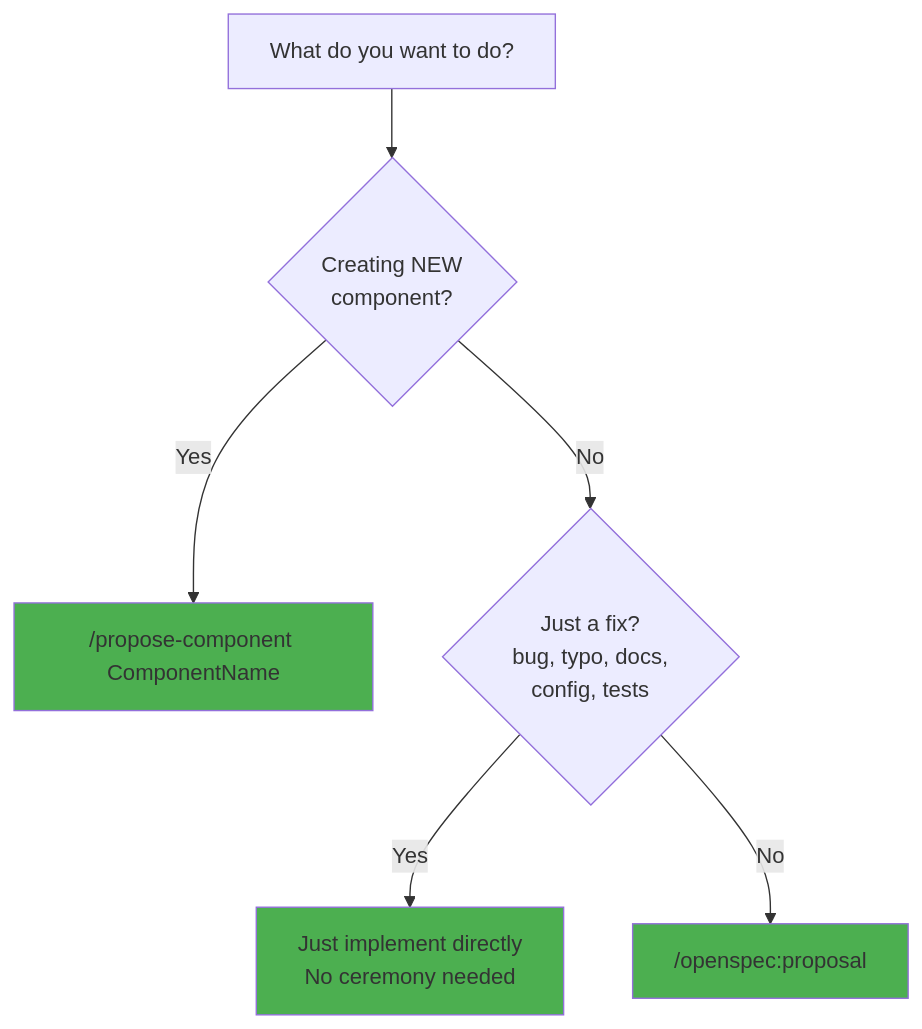
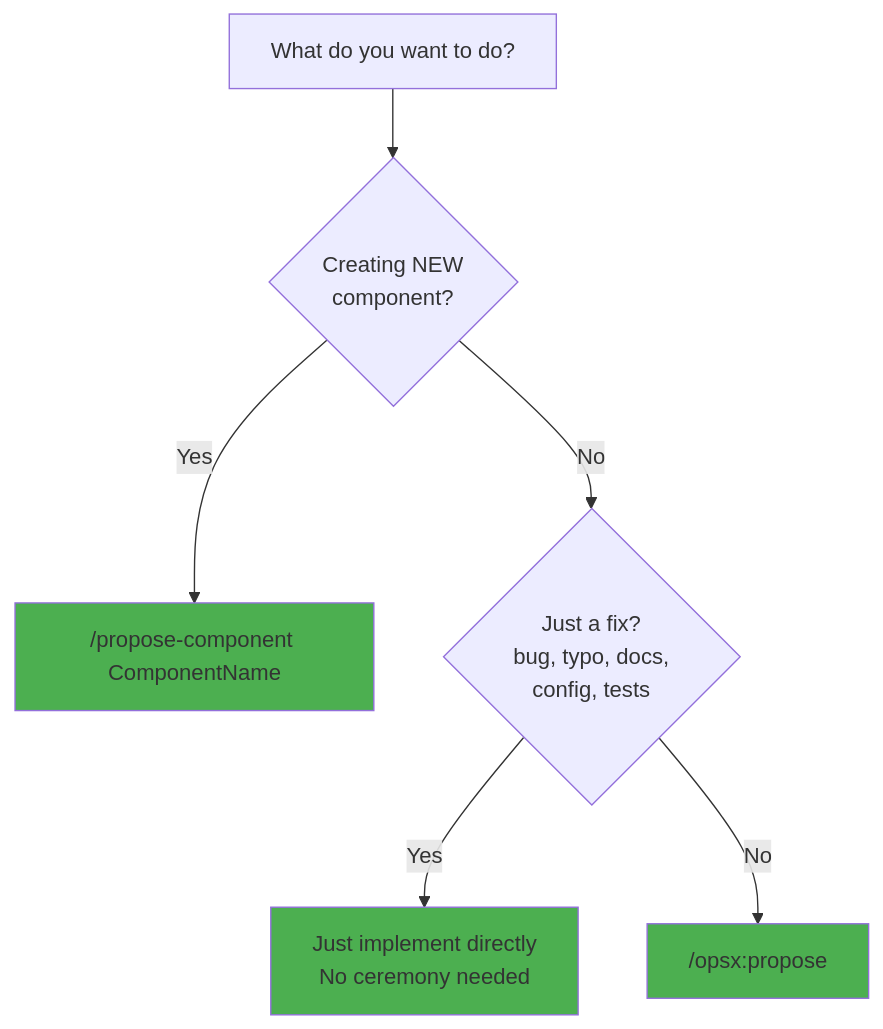
The diagram in CLAUDE.md (commercetools/nimbus), drawn with Mermaid before and after one commit. The commit also changed other lines of this file and 15 other files, not shown here.

First line of the commit message:
chore(openspec): migrate from legacy commands to opsx skills (#1378)

````diff
--- a/CLAUDE.md
+++ b/CLAUDE.md
@@ -28,13 +5,13 @@
 ```mermaid
 flowchart TD
     Start[What do you want to do?] --> A{Creating NEW<br/>component?}
     A -->|Yes| ProposeComponent["/propose-component ComponentName"]
     A -->|No| B{Just a fix?<br/>bug, typo, docs,<br/>config, tests}
 
     B -->|Yes| DirectFix["Just implement directly<br/>No ceremony needed"]
-    B -->|No| OpenSpec["/openspec:proposal"]
+    B -->|No| OpenSpec["/opsx:propose"]
 
     style ProposeComponent fill:#4CAF50
     style DirectFix fill:#4CAF50
     style OpenSpec fill:#4CAF50
 ```
````
